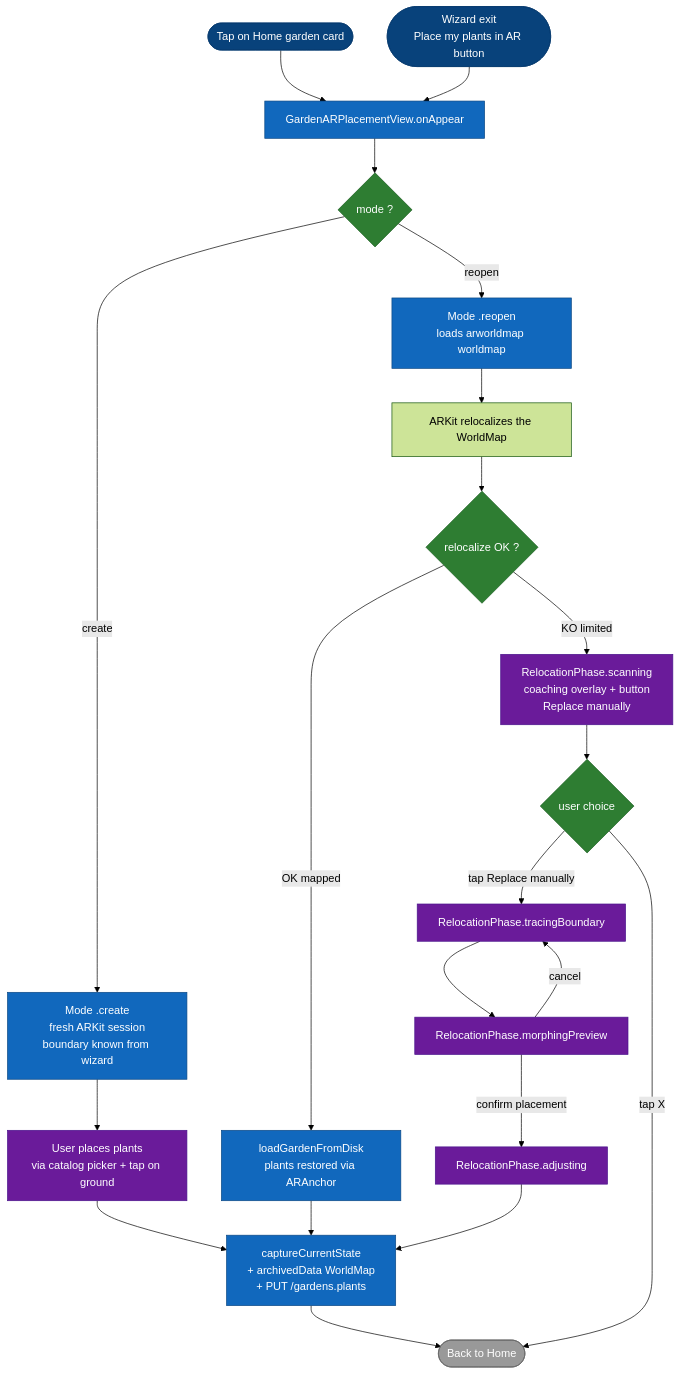
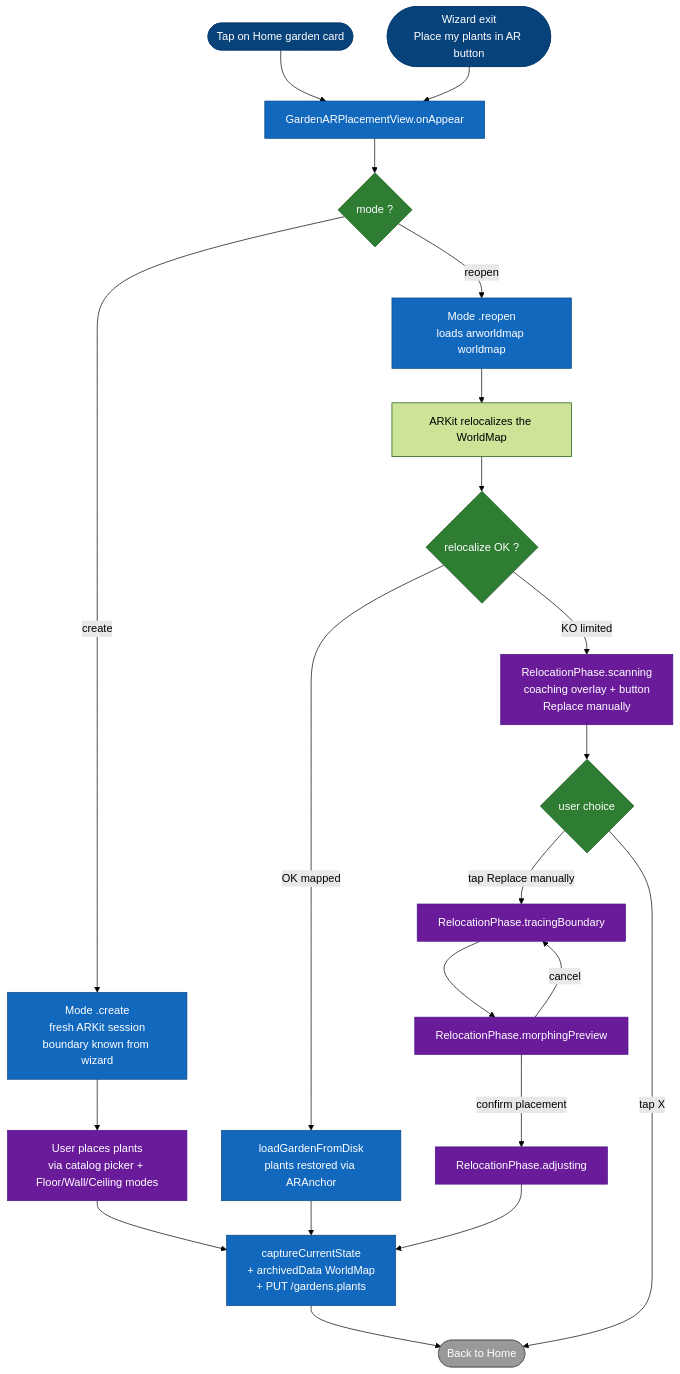
The diagram in docs/en/flows/ar-placement.md (ArboreTeam/Arbore), drawn with Mermaid (forest theme) before and after one commit. The commit also changed other lines of this file and 17 other files, not shown here.

````diff
--- a/docs/en/flows/ar-placement.md
+++ b/docs/en/flows/ar-placement.md
@@ -16,63 +16,63 @@
 ```mermaid
 flowchart TB
     home([Tap on Home garden card])
     wizard([Wizard exit<br/>Place my plants in AR button])
 
     open["GardenARPlacementView.onAppear"]
     detect_mode{mode ?}
 
     create_flow["Mode .create<br/>fresh ARKit session<br/>boundary known from wizard"]
-    place_create["User places plants<br/>via catalog picker + tap on ground"]
+    place_create["User places plants<br/>via catalog picker + Floor/Wall/Ceiling modes"]
 
     reopen_flow["Mode .reopen<br/>loads arworldmap worldmap"]
     arkit_reloc["ARKit relocalizes the WorldMap"]
     reloc_result{relocalize OK ?}
 
     load_normal["loadGardenFromDisk<br/>plants restored via ARAnchor"]
 
     manual["RelocationPhase.scanning<br/>coaching overlay + button<br/>Replace manually"]
     user_choice{user choice}
     trace["RelocationPhase.tracingBoundary"]
     morph["RelocationPhase.morphingPreview"]
     adjust["RelocationPhase.adjusting"]
 
     save["captureCurrentState<br/>+ archivedData WorldMap<br/>+ PUT /gardens.plants"]
     dismiss([Back to Home])
 
     home --> open
     wizard --> open
     open --> detect_mode
 
     detect_mode -->|create| create_flow
     create_flow --> place_create
     place_create --> save
 
     detect_mode -->|reopen| reopen_flow
     reopen_flow --> arkit_reloc
     arkit_reloc --> reloc_result
 
     reloc_result -->|OK mapped| load_normal
     load_normal --> save
 
     reloc_result -->|KO limited| manual
     manual --> user_choice
     user_choice -->|tap Replace manually| trace
     user_choice -->|tap X| dismiss
     trace --> morph
     morph -->|confirm placement| adjust
     morph -->|cancel| trace
     adjust --> save
 
     save --> dismiss
 
     classDef startN fill:#08427B,stroke:#073B6F,color:#fff
     classDef state  fill:#1168BD,stroke:#0B4884,color:#fff
     classDef cond   fill:#2E7D32,stroke:#1B5E20,color:#fff
     classDef ar     fill:#6A1B9A,stroke:#4A148C,color:#fff
     classDef endN   fill:#999,stroke:#666,color:#fff
     class home,wizard startN
     class open,create_flow,reopen_flow,load_normal,save state
     class detect_mode,reloc_result,user_choice cond
     class place_create,manual,trace,morph,adjust ar
     class dismiss endN
 ```
````
